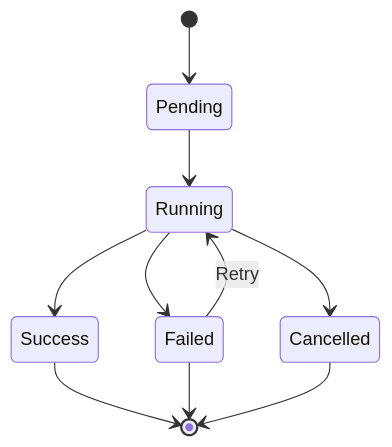
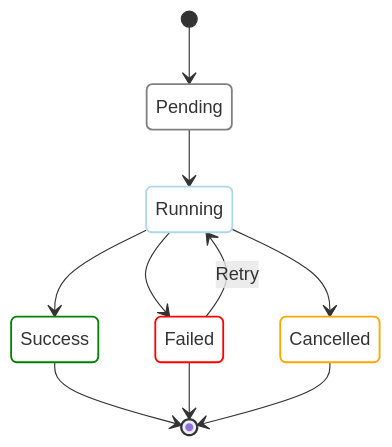
Before and after one commit to dagu-org/dagu: the second of 2 diagrams in docs-next/getting-started/concepts.md, drawn with Mermaid. The commit also changed other lines of this file and 4 other files, not shown here.

````diff
--- a/docs-next/getting-started/concepts.md
+++ b/docs-next/getting-started/concepts.md
@@ -120,12 +126,24 @@
 ```mermaid
 stateDiagram-v2
     [*] --> Pending
     Pending --> Running
     Running --> Success
     Running --> Failed
     Running --> Cancelled
     Failed --> Running: Retry
     Success --> [*]
     Failed --> [*]
     Cancelled --> [*]
+    
+    classDef pending fill:white,stroke:gray,stroke-width:1.6px,color:#333
+    classDef running fill:white,stroke:lightblue,stroke-width:1.6px,color:#333
+    classDef success fill:white,stroke:green,stroke-width:1.6px,color:#333
+    classDef failed fill:white,stroke:red,stroke-width:1.6px,color:#333
+    classDef cancelled fill:white,stroke:orange,stroke-width:1.6px,color:#333
+    
+    class Pending pending
+    class Running running
+    class Success success
+    class Failed failed
+    class Cancelled cancelled
 ```
````
